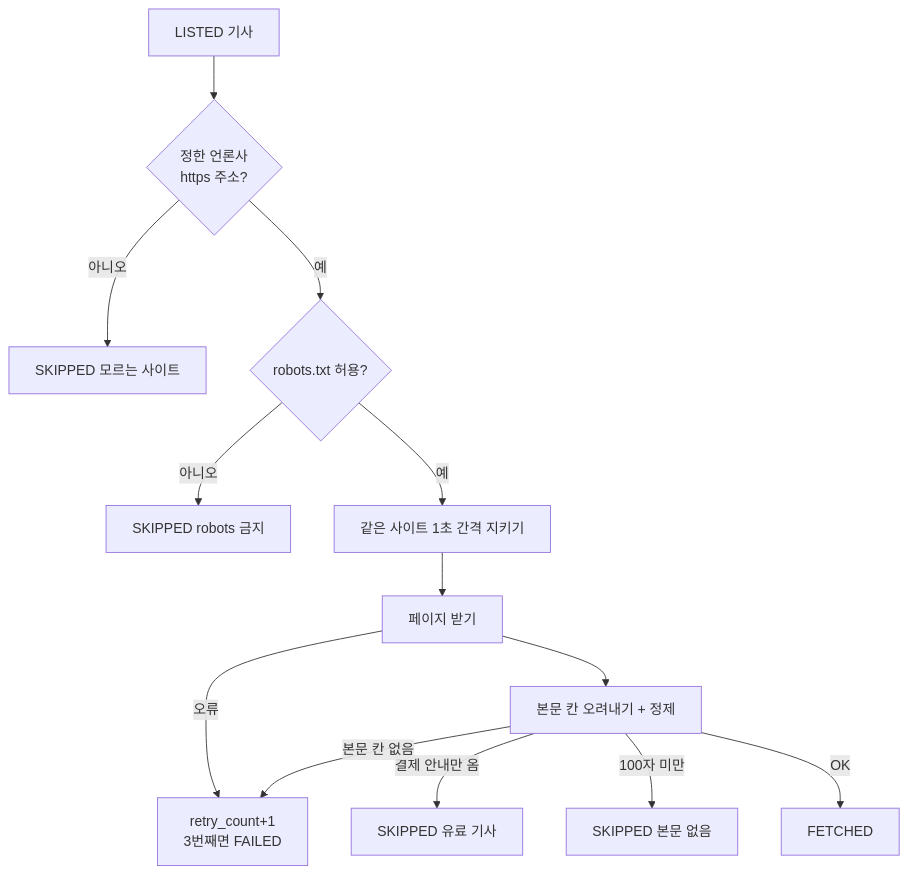
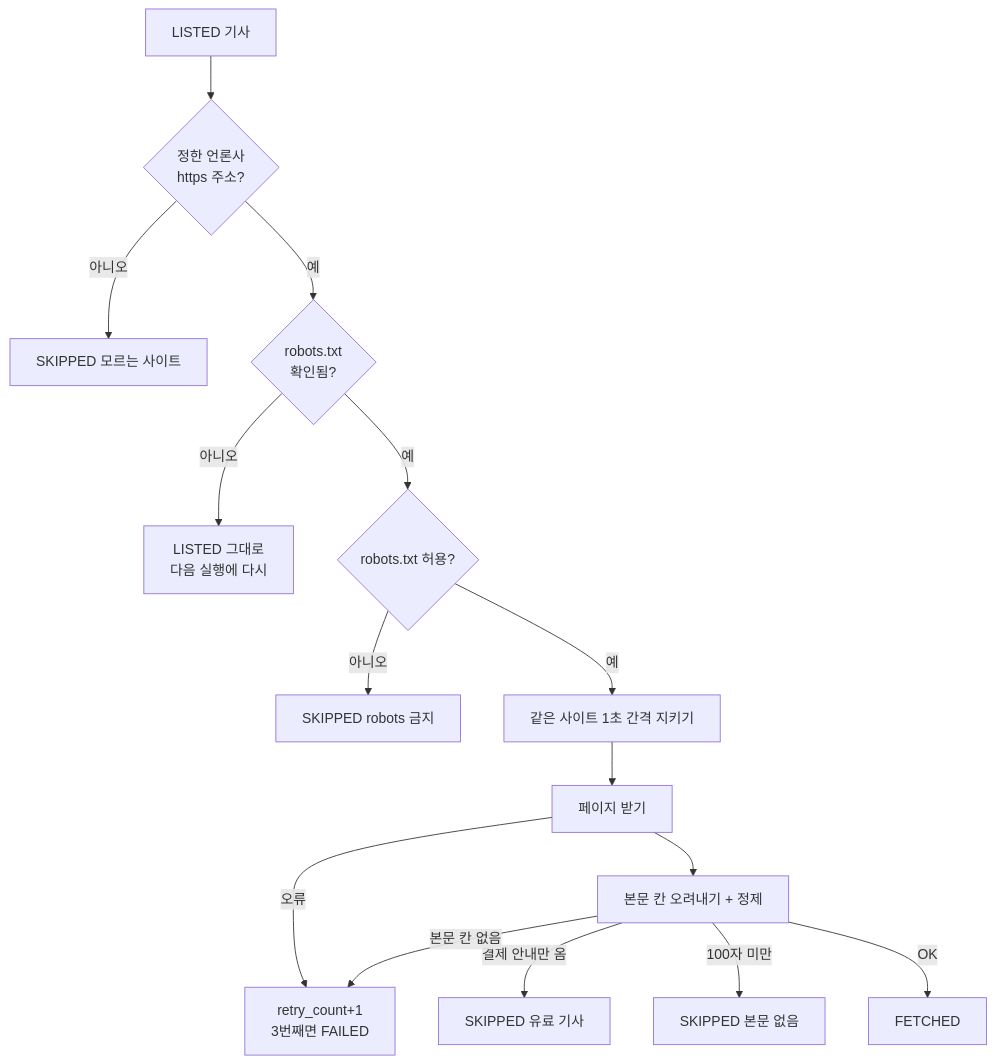
One commit to hk-finance-team2/stock-news-matching changed the diagram in ai/docs/학습/05_4단계_본문.md. Above: the diagram before and after it, drawn with Mermaid. The commit also changed other lines of this file and 32 other files, not shown here.

````diff
--- a/ai/docs/학습/05_4단계_본문.md
+++ b/ai/docs/학습/05_4단계_본문.md
@@ -21,14 +21,16 @@
 ```mermaid
 flowchart TD
     S[LISTED 기사] --> H{정한 언론사<br/>https 주소?}
     H -- 아니오 --> K1[SKIPPED 모르는 사이트]
-    H -- 예 --> R{robots.txt 허용?}
+    H -- 예 --> C{robots.txt<br/>확인됨?}
+    C -- 아니오 --> L[LISTED 그대로<br/>다음 실행에 다시]
+    C -- 예 --> R{robots.txt 허용?}
     R -- 아니오 --> K2[SKIPPED robots 금지]
     R -- 예 --> W[같은 사이트 1초 간격 지키기] --> G[페이지 받기]
     G -- 오류 --> E[retry_count+1<br/>3번째면 FAILED]
     G --> X[본문 칸 오려내기 + 정제]
     X -- 결제 안내만 옴 --> K3[SKIPPED 유료 기사]
     X -- 100자 미만 --> K4[SKIPPED 본문 없음]
     X -- 본문 칸 없음 --> E
     X -- OK --> F[FETCHED]
 ```
````
